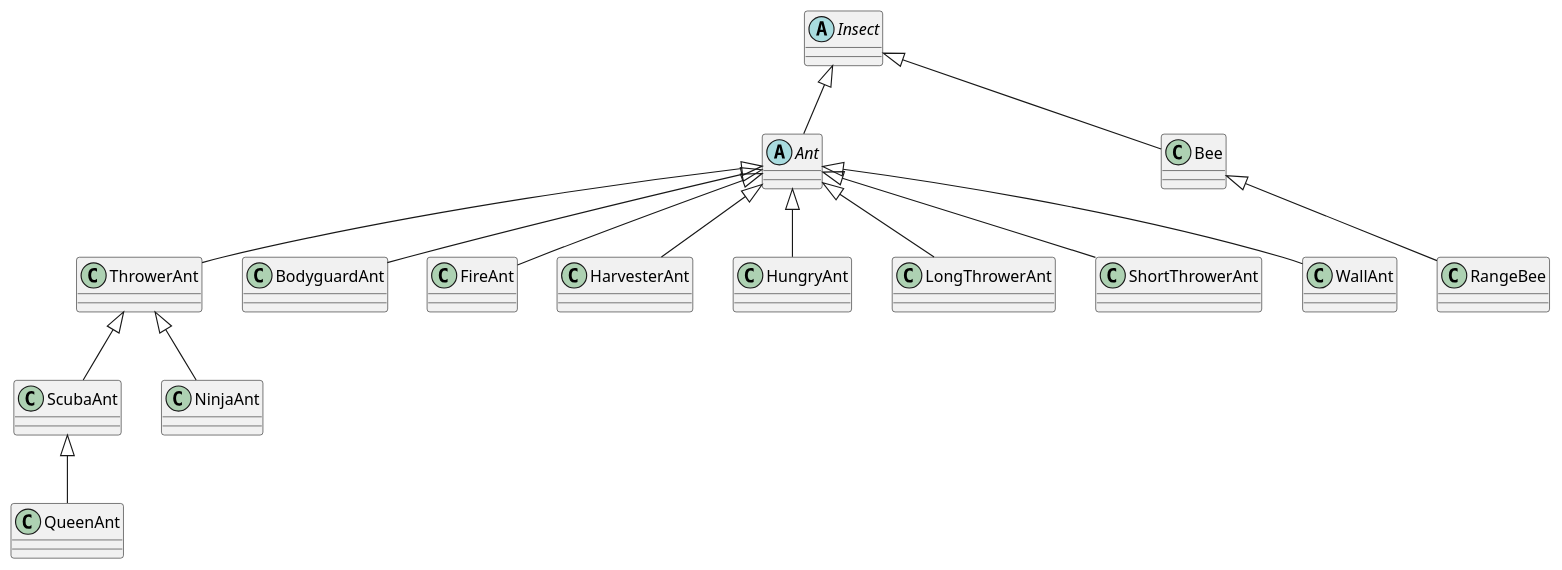
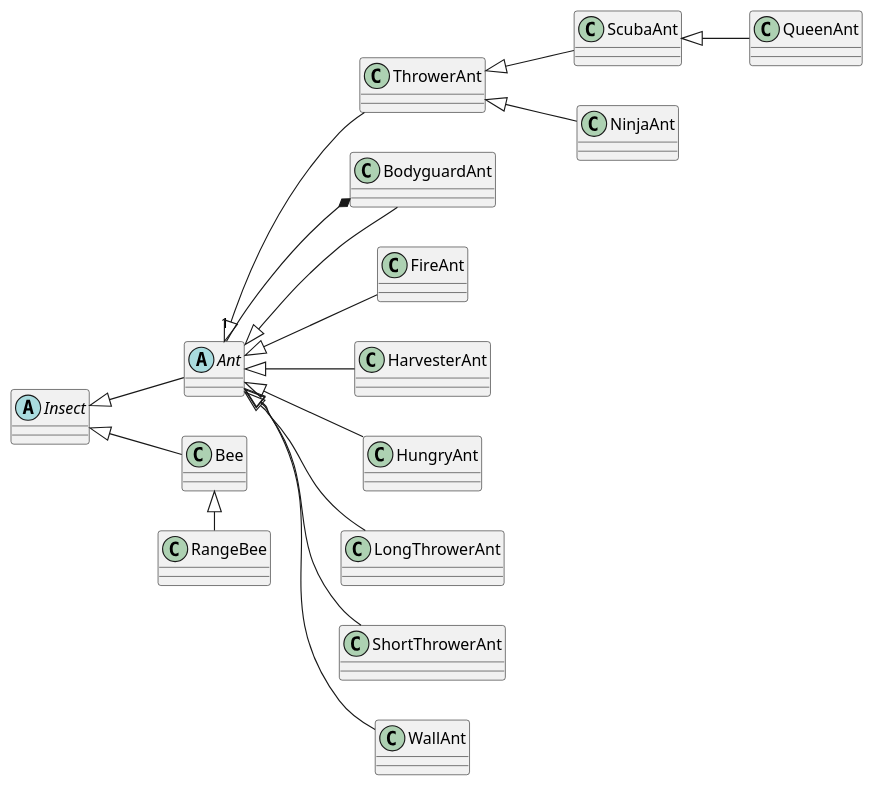
The diagram in rapport/insectsDiagram.puml (fdemoor/prog1p3), drawn with PlantUML before and after one commit. The commit also changed 4 other files, not shown here.

Commit message:
Fixed 2 diagrams and added a paragraph about insects

```diff
--- a/rapport/insectsDiagram.puml
+++ b/rapport/insectsDiagram.puml
@@ -1,34 +1,36 @@
 @startuml
+left to right direction
 
 abstract class Insect
 class Bee
 class RangeBee
 abstract class Ant
 class BodyguardAnt
 class FireAnt
 class HarvesterAnt
 class HungryAnt
 class LongThrowerAnt
 class NinjaAnt
 class QueenAnt
 class ScubaAnt
 class ShortThrowerAnt
 class ThrowerAnt
 class WallAnt
 
 Bee -up-|> Insect
-RangeBee -up-|> Bee
+RangeBee -left-|> Bee
 Ant -up-|> Insect
 BodyguardAnt -up-|> Ant
+BodyguardAnt *-- "1" Ant
 FireAnt -up-|> Ant
 HarvesterAnt -up-|> Ant
 HungryAnt -up-|> Ant
 LongThrowerAnt -up-|> Ant
 NinjaAnt -up-|> ThrowerAnt
 QueenAnt -up-|> ScubaAnt
 ScubaAnt -up-|> ThrowerAnt
 ShortThrowerAnt -up-|> Ant
 ThrowerAnt -up-|> Ant
 WallAnt -up-|> Ant
 
 @enduml
```
